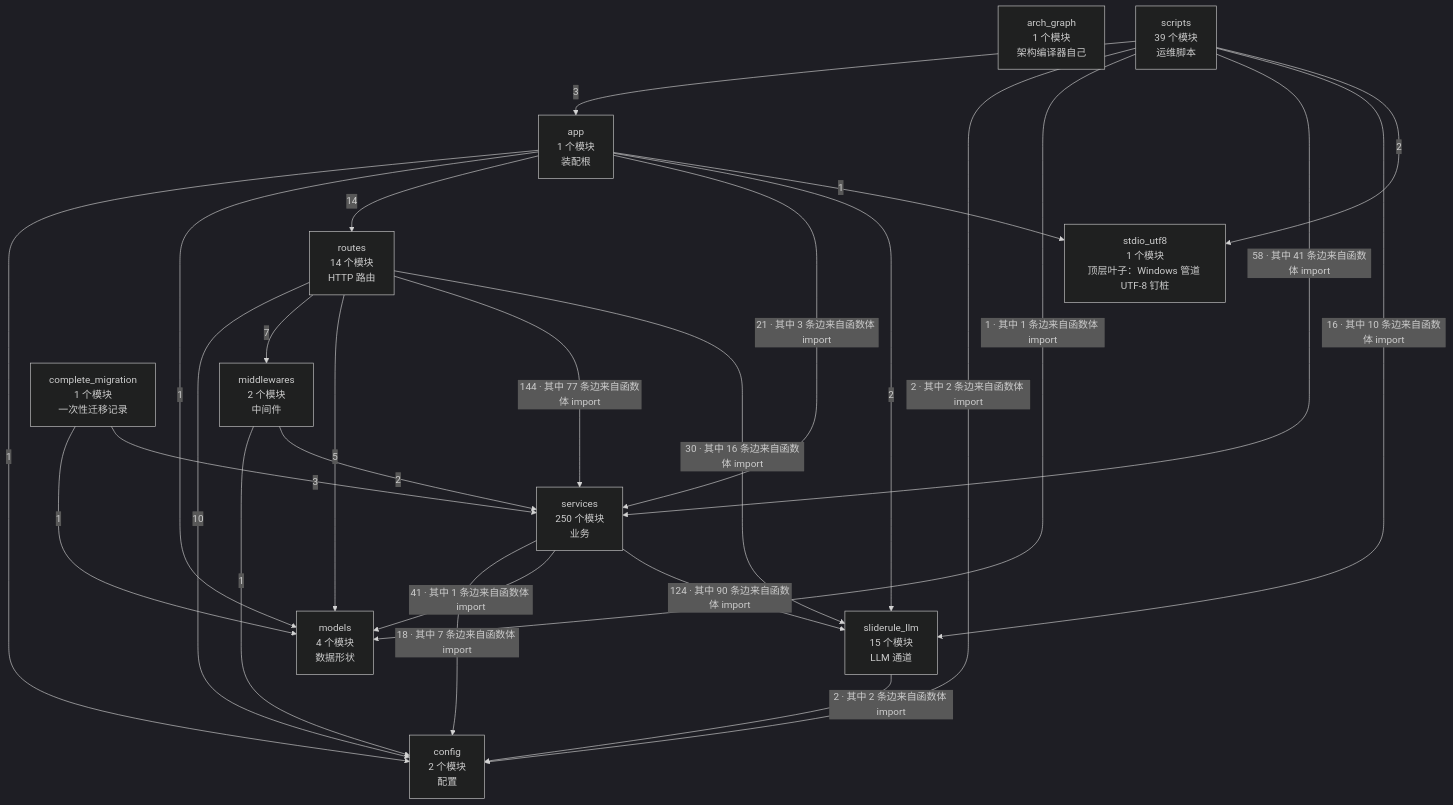
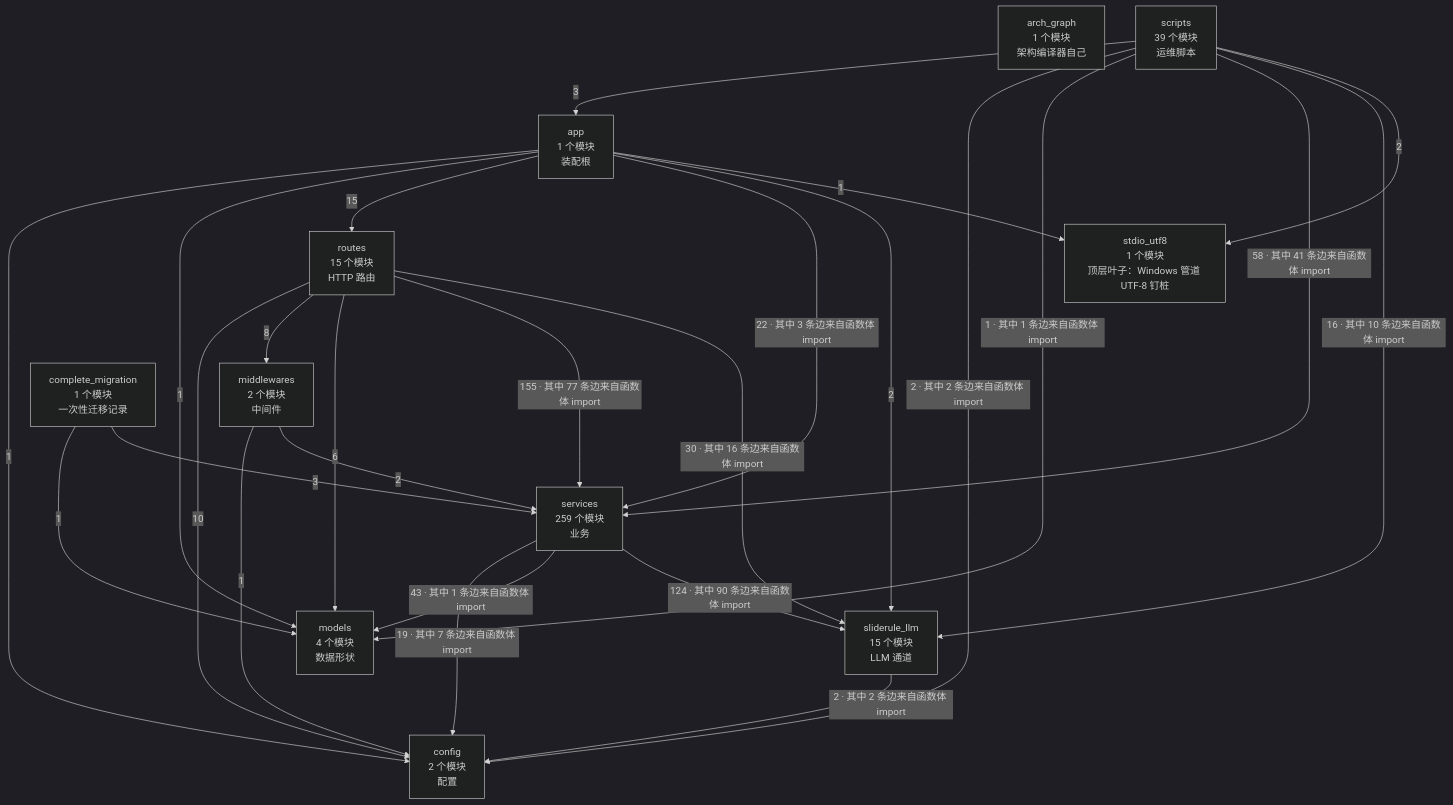
Before and after one commit to 2686521696/WhyBuddy: the second of 4 diagrams in docs/SlideRule V6.2 架构图（自动生成）.md, drawn with Mermaid (dark theme). The commit also changed other lines of this file and 107 other files, not shown here.

````diff
--- a/docs/SlideRule V6.2 架构图（自动生成）.md
+++ b/docs/SlideRule V6.2 架构图（自动生成）.md
@@ -62,39 +62,39 @@
 ```mermaid
 flowchart TB
   arch_graph["arch_graph<br/>1 个模块<br/>架构编译器自己"]
   config["config<br/>2 个模块<br/>配置"]
   models["models<br/>4 个模块<br/>数据形状"]
   stdio_utf8["stdio_utf8<br/>1 个模块<br/>顶层叶子：Windows 管道 UTF-8 钉桩"]
   sliderule_llm["sliderule_llm<br/>15 个模块<br/>LLM 通道"]
   middlewares["middlewares<br/>2 个模块<br/>中间件"]
-  services["services<br/>250 个模块<br/>业务"]
-  routes["routes<br/>14 个模块<br/>HTTP 路由"]
+  services["services<br/>259 个模块<br/>业务"]
+  routes["routes<br/>15 个模块<br/>HTTP 路由"]
   app["app<br/>1 个模块<br/>装配根"]
   complete_migration["complete_migration<br/>1 个模块<br/>一次性迁移记录"]
   scripts["scripts<br/>39 个模块<br/>运维脚本"]
   app -->|1| config
   app -->|1| models
-  app -->|14| routes
-  app -->|21 · 其中 3 条边来自函数体 import| services
+  app -->|15| routes
+  app -->|22 · 其中 3 条边来自函数体 import| services
   app -->|2| sliderule_llm
   app -->|1| stdio_utf8
   complete_migration -->|1| models
   complete_migration -->|3| services
   middlewares -->|1| config
   middlewares -->|2| services
   routes -->|10| config
-  routes -->|7| middlewares
-  routes -->|5| models
-  routes -->|144 · 其中 77 条边来自函数体 import| services
+  routes -->|8| middlewares
+  routes -->|6| models
+  routes -->|155 · 其中 77 条边来自函数体 import| services
   routes -->|30 · 其中 16 条边来自函数体 import| sliderule_llm
   scripts -->|3| app
   scripts -->|2 · 其中 2 条边来自函数体 import| config
   scripts -->|1 · 其中 1 条边来自函数体 import| models
   scripts -->|58 · 其中 41 条边来自函数体 import| services
   scripts -->|16 · 其中 10 条边来自函数体 import| sliderule_llm
   scripts -->|2| stdio_utf8
-  services -->|18 · 其中 7 条边来自函数体 import| config
-  services -->|41 · 其中 1 条边来自函数体 import| models
+  services -->|19 · 其中 7 条边来自函数体 import| config
+  services -->|43 · 其中 1 条边来自函数体 import| models
   services -->|124 · 其中 90 条边来自函数体 import| sliderule_llm
   sliderule_llm -->|2 · 其中 2 条边来自函数体 import| config
 ```
````
